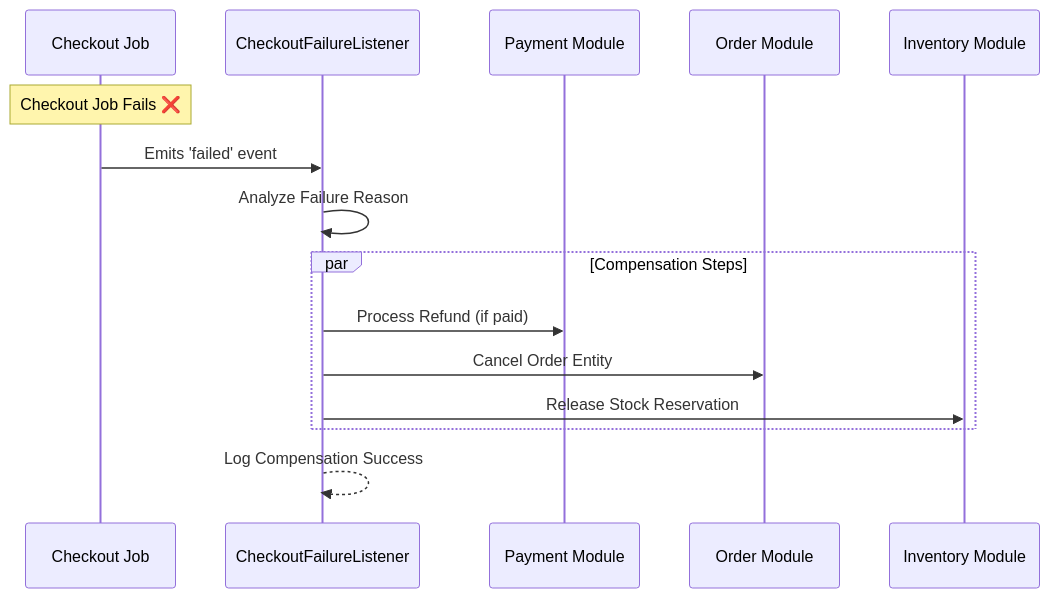
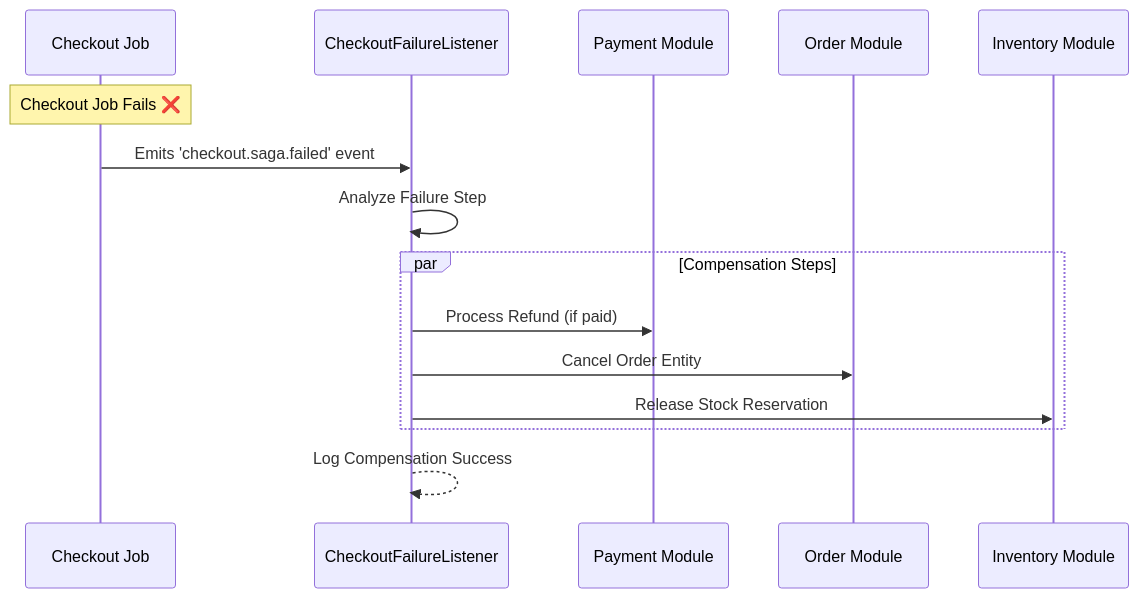
Before and after one commit to raouf-b-dev/ecommerce-store-api: the sixth of 11 diagrams in docs/architecture/ARCHITECTURE.md, drawn with Mermaid. The commit also changed other lines of this file and 3 other files, not shown here.

First line of the commit message:
ES-139: Update Documentation and Architecture for Stripe Payment Integration

````diff
--- a/docs/architecture/ARCHITECTURE.md
+++ b/docs/architecture/ARCHITECTURE.md
@@ -249,21 +247,21 @@
 ```mermaid
 sequenceDiagram
     participant Job as Checkout Job
     participant Listener as CheckoutFailureListener
     participant Payment as Payment Module
     participant Order as Order Module
     participant Inventory as Inventory Module
 
     Note over Job: Checkout Job Fails ❌
-    Job->>Listener: Emits 'failed' event
+    Job->>Listener: Emits 'checkout.saga.failed' event
 
-    Listener->>Listener: Analyze Failure Reason
+    Listener->>Listener: Analyze Failure Step
 
     par Compensation Steps
         Listener->>Payment: Process Refund (if paid)
         Listener->>Order: Cancel Order Entity
         Listener->>Inventory: Release Stock Reservation
     end
 
     Listener-->>Listener: Log Compensation Success
 ```
````
